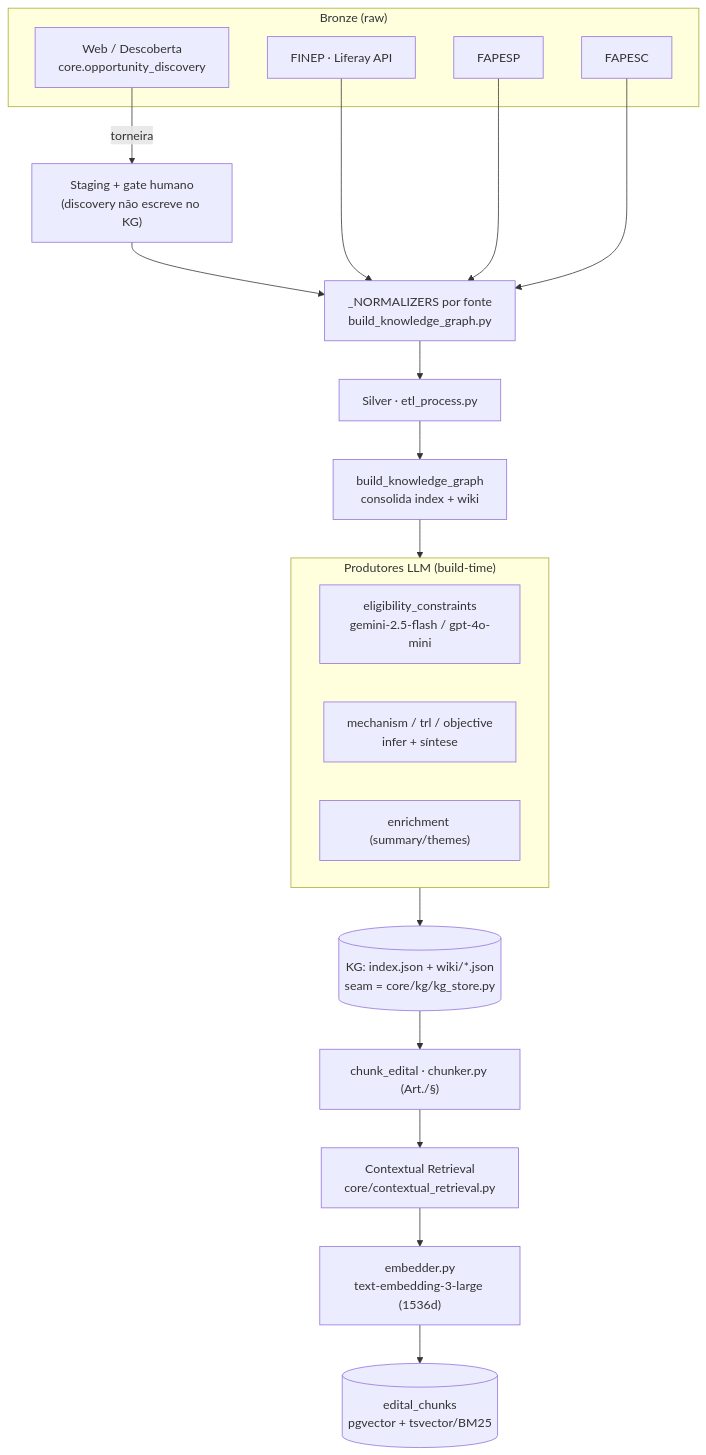
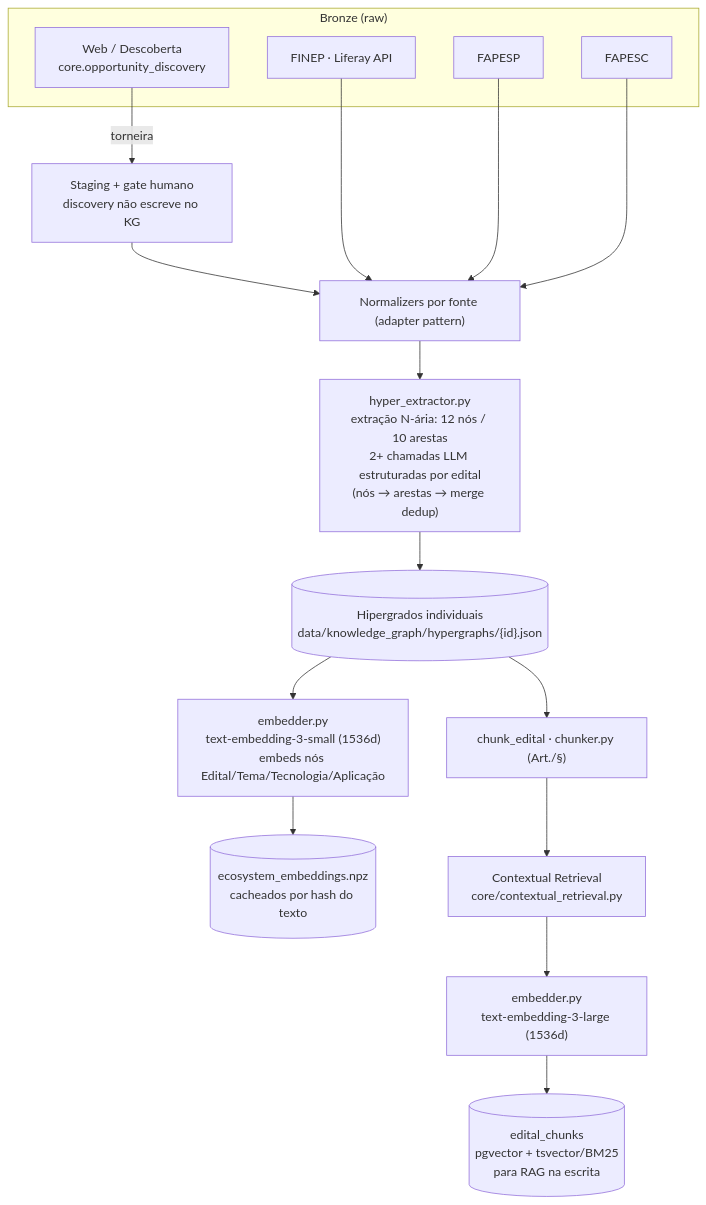
One commit to lucasborgs/radar_editais changed the first of 4 diagrams in docs/architecture.md. Above: the diagram before and after it, drawn with Mermaid. The commit also changed other lines of this file and 11 other files, not shown here.

````diff
--- a/docs/architecture.md
+++ b/docs/architecture.md
@@ -17,32 +17,26 @@
 ```mermaid
 flowchart TB
   subgraph BRONZE["Bronze (raw)"]
     FINEP["FINEP · Liferay API"]
     FAPESP["FAPESP"]
     FAPESC["FAPESC"]
     WEB["Web / Descoberta<br/>core.opportunity_discovery"]
   end
 
-  WEB -->|"torneira"| STAGING["Staging + gate humano<br/>(discovery não escreve no KG)"]
-  STAGING --> ADP
-  FINEP --> ADP
-  FAPESP --> ADP
-  FAPESC --> ADP
+  WEB -->|"torneira"| STAGING["Staging + gate humano<br/>discovery não escreve no KG"]
+  STAGING --> NORM
+  FINEP --> NORM
+  FAPESP --> NORM
+  FAPESC --> NORM
 
-  ADP["_NORMALIZERS por fonte<br/>build_knowledge_graph.py"] --> SILVER["Silver · etl_process.py"]
-  SILVER --> KGB["build_knowledge_graph<br/>consolida index + wiki"]
+  NORM["Normalizers por fonte (adapter pattern)"] --> HEX["hyper_extractor.py<br/>extração N-ária: 12 nós / 10 arestas<br/>2+ chamadas LLM estruturadas por edital<br/>(nós → arestas → merge dedup)"]
+  HEX --> HG[("Hipergrados individuais<br/>data/knowledge_graph/hypergraphs/{id}.json")]
 
-  KGB --> PROD
-  subgraph PROD["Produtores LLM (build-time)"]
-    ELIG["eligibility_constraints<br/>gemini-2.5-flash / gpt-4o-mini"]
-    MECH["mechanism / trl / objective<br/>infer + síntese"]
-    ENR["enrichment (summary/themes)"]
-  end
+  HG --> EMB["embedder.py<br/>text-embedding-3-small (1536d)<br/>embeds nós Edital/Tema/Tecnologia/Aplicação"]
+  EMB --> CACHE[("ecosystem_embeddings.npz<br/>cacheados por hash do texto")]
 
-  PROD --> KG[("KG: index.json + wiki/*.json<br/>seam = core/kg/kg_store.py")]
-
-  KG --> CHK["chunk_edital · chunker.py (Art./§)"]
+  HG --> CHK["chunk_edital · chunker.py (Art./§)"]
   CHK --> CTX["Contextual Retrieval<br/>core/contextual_retrieval.py"]
-  CTX --> EMB["embedder.py<br/>text-embedding-3-large (1536d)"]
-  EMB --> VEC[("edital_chunks<br/>pgvector + tsvector/BM25")]
+  CTX --> CHKEMB["embedder.py<br/>text-embedding-3-large (1536d)"]
+  CHKEMB --> VEC[("edital_chunks<br/>pgvector + tsvector/BM25<br/>para RAG na escrita")]
 ```
````
